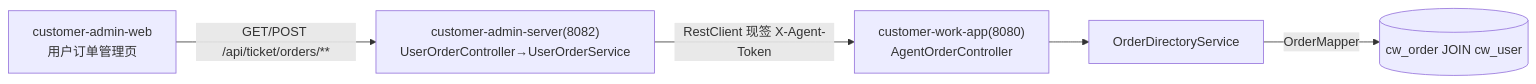
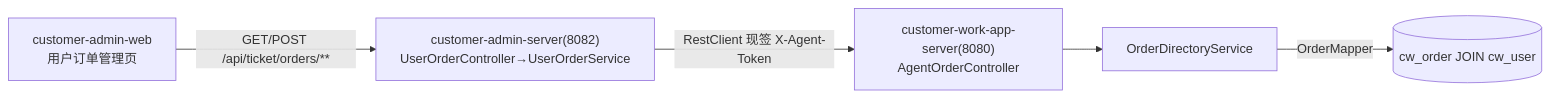
Before and after one commit to liulangjietou/customer_work: diagram 32 of 32 in docs/详细技术文档.md, drawn with Mermaid. The commit also changed other lines of this file and 524 other files, not shown here.

````diff
--- a/docs/详细技术文档.md
+++ b/docs/详细技术文档.md
@@ -1278,7 +1278,7 @@
 ```mermaid
 flowchart LR
     WEB["customer-admin-web<br/>用户订单管理页"] -->|GET/POST /api/ticket/orders/**| ADM["customer-admin-server(8082)<br/>UserOrderController→UserOrderService"]
-    ADM -->|RestClient 现签 X-Agent-Token| APP["customer-work-app(8080)<br/>AgentOrderController"]
+    ADM -->|RestClient 现签 X-Agent-Token| APP["customer-work-app-server(8080)<br/>AgentOrderController"]
     APP --> SVC["OrderDirectoryService"]
     SVC -->|OrderMapper| DB[("cw_order JOIN cw_user")]
 ```
````
